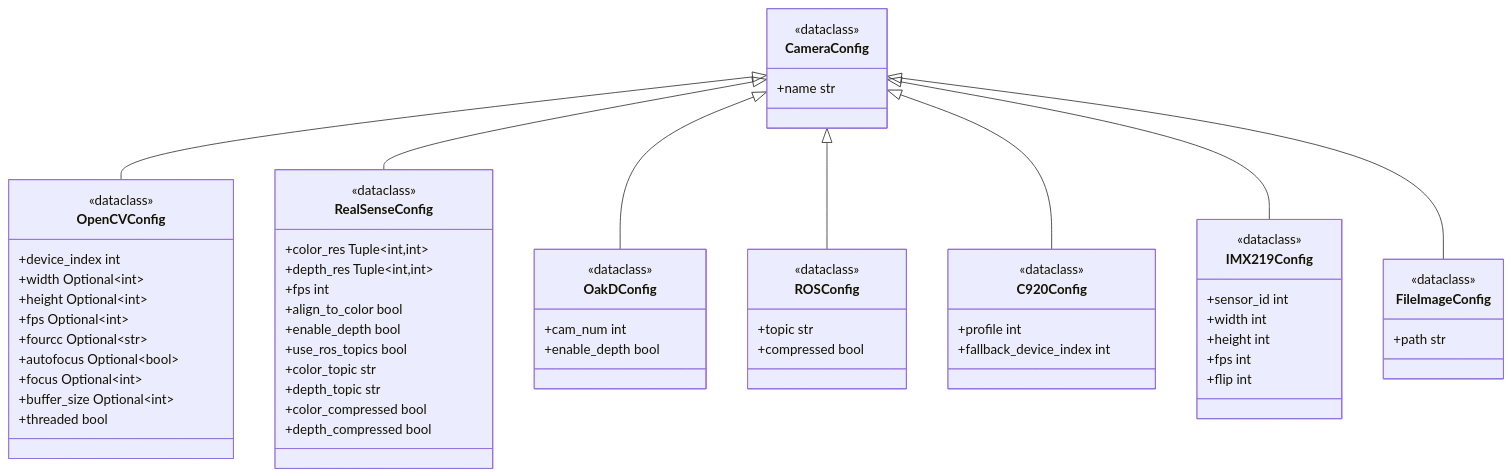
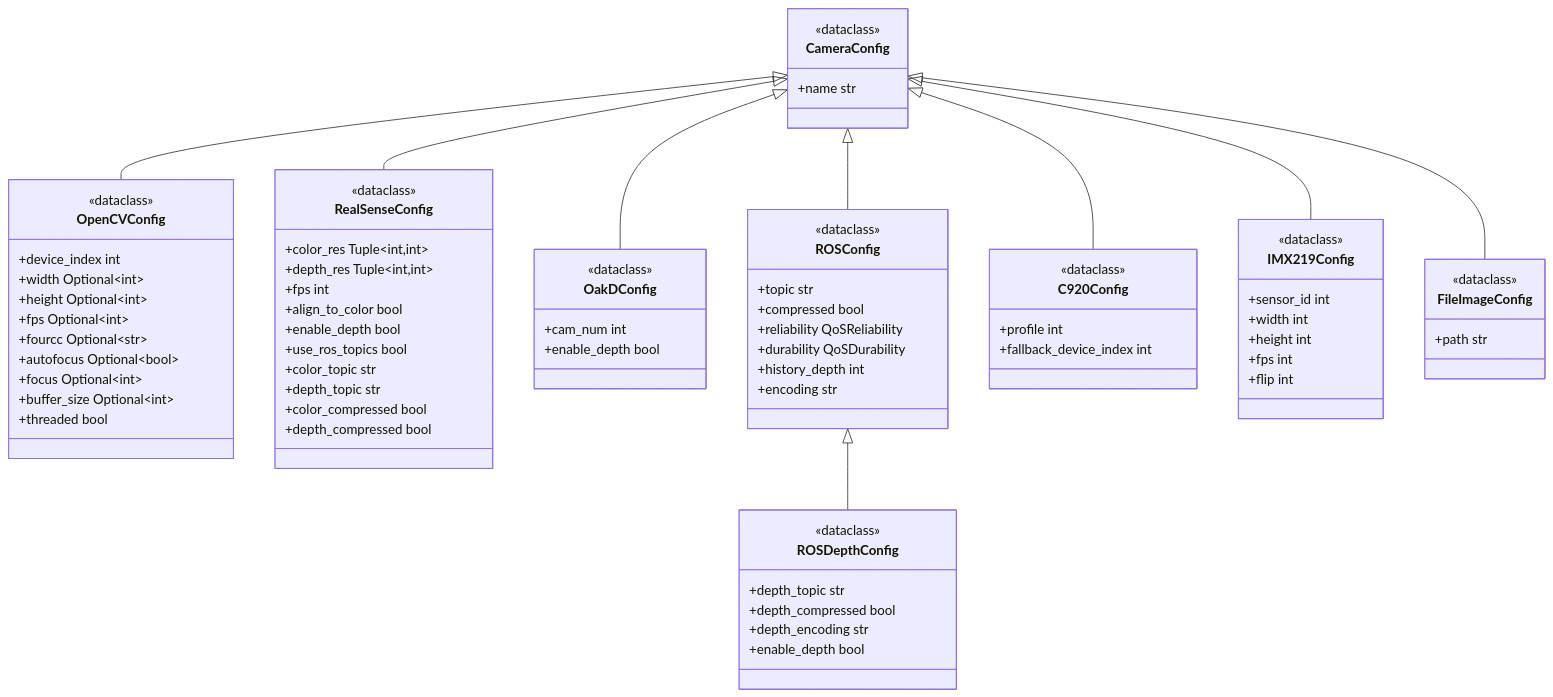
Before and after one commit to Black-Bee-Drones/nectar-sdk: the second of 6 diagrams in nectar/nectar/vision/README.md, drawn with Mermaid. The commit also changed other lines of this file, not shown here.

Commit message:
feat: update vision class diagrams

````diff
--- a/nectar/nectar/vision/README.md
+++ b/nectar/nectar/vision/README.md
@@ -180,6 +198,18 @@
         <<dataclass>>
         +topic str
         +compressed bool
+        +reliability QoSReliability
+        +durability QoSDurability
+        +history_depth int
+        +encoding str
+    }
+
+    class ROSDepthConfig {
+        <<dataclass>>
+        +depth_topic str
+        +depth_compressed bool
+        +depth_encoding str
+        +enable_depth bool
     }
 
     class C920Config {
@@ -209,4 +239,5 @@
     CameraConfig <|-- C920Config
     CameraConfig <|-- IMX219Config
     CameraConfig <|-- FileImageConfig
+    ROSConfig <|-- ROSDepthConfig
 ```
````
